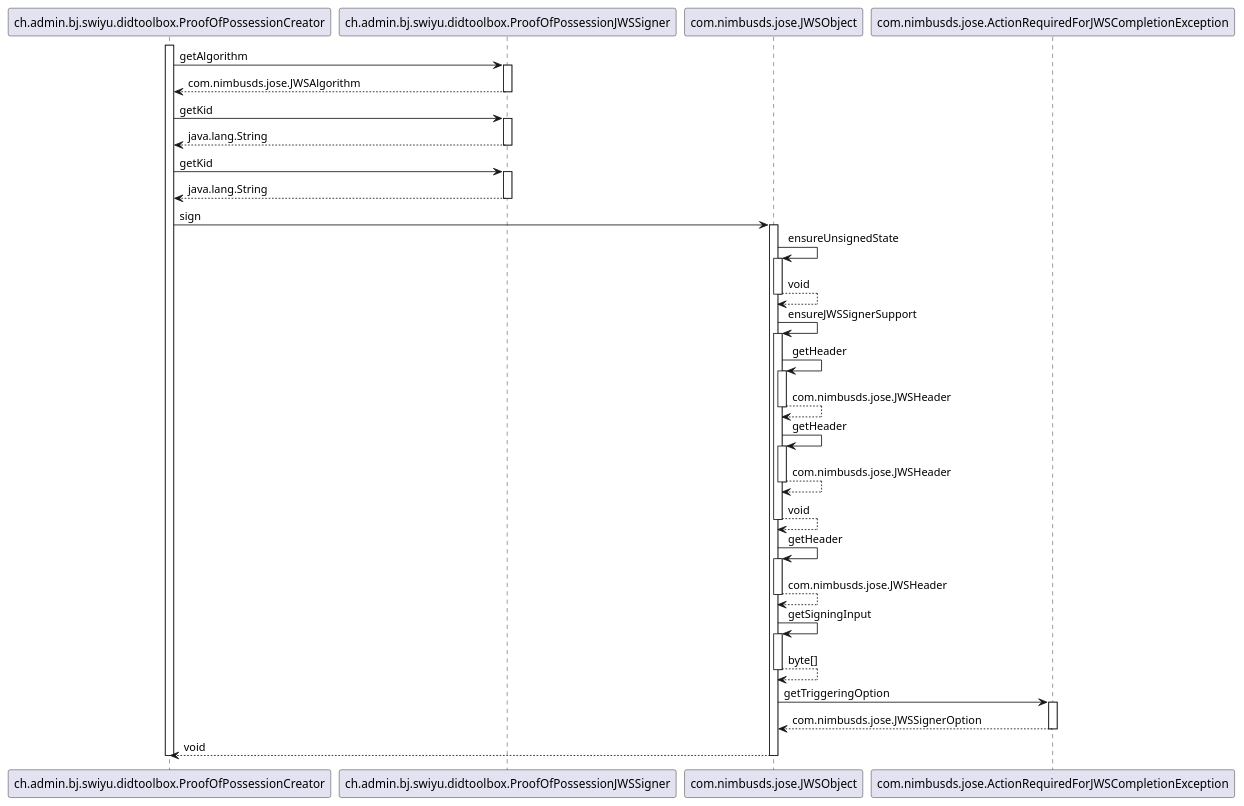
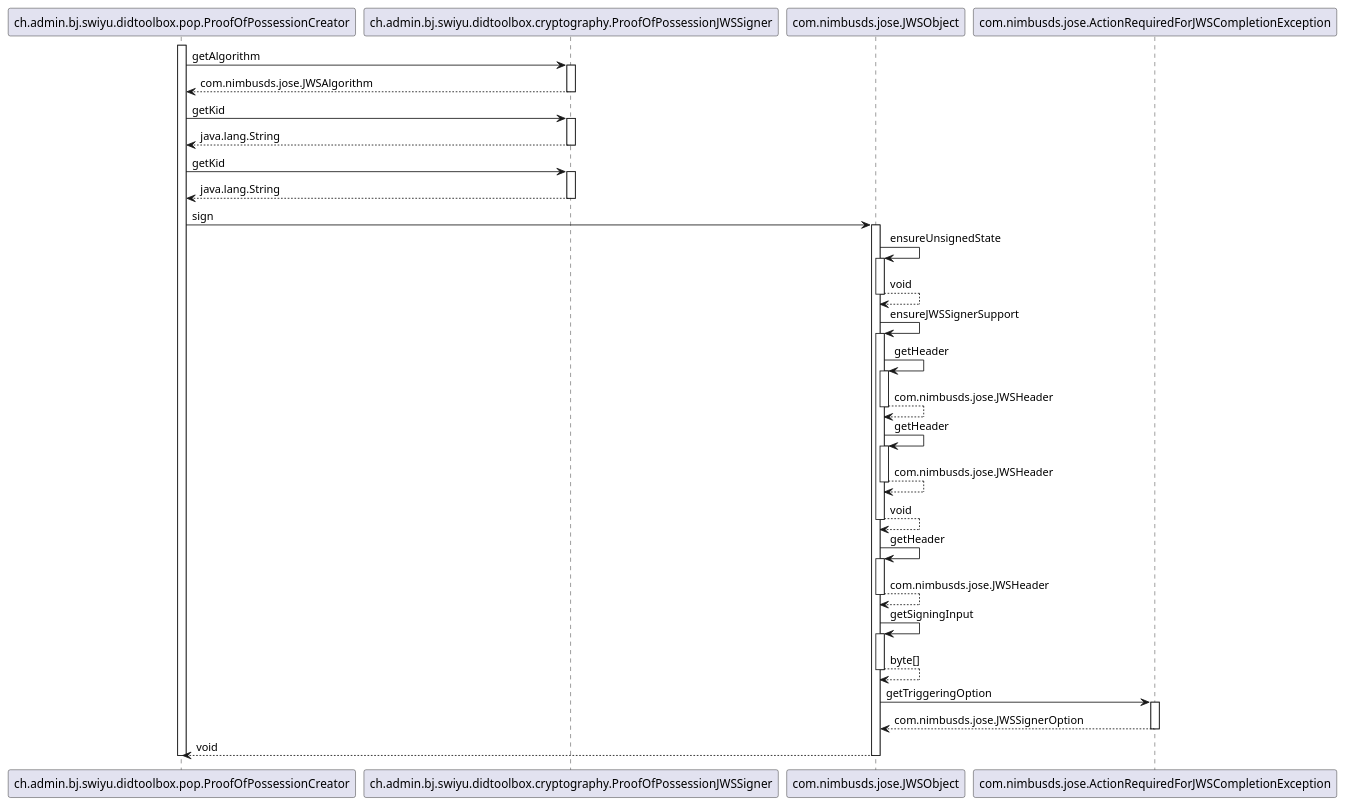
The diagram in src/main/plantuml/ProofOfPossessionCreator-create.puml (swiyu-admin-ch/didtoolbox-java), drawn with PlantUML before and after one commit. The commit also changed 275 other files, not shown here.

```diff
--- a/src/main/plantuml/ProofOfPossessionCreator-create.puml
+++ b/src/main/plantuml/ProofOfPossessionCreator-create.puml
@@ -2,55 +2,55 @@
 @startuml
 
-participant ch.admin.bj.swiyu.didtoolbox.ProofOfPossessionCreator
-participant ch.admin.bj.swiyu.didtoolbox.ProofOfPossessionJWSSigner
+participant ch.admin.bj.swiyu.didtoolbox.pop.ProofOfPossessionCreator
+participant ch.admin.bj.swiyu.didtoolbox.cryptography.ProofOfPossessionJWSSigner
 participant com.nimbusds.jose.JWSObject
 participant com.nimbusds.jose.ActionRequiredForJWSCompletionException
 
-activate ch.admin.bj.swiyu.didtoolbox.ProofOfPossessionCreator
-	ch.admin.bj.swiyu.didtoolbox.ProofOfPossessionCreator -> ch.admin.bj.swiyu.didtoolbox.ProofOfPossessionJWSSigner : getAlgorithm
-	activate ch.admin.bj.swiyu.didtoolbox.ProofOfPossessionJWSSigner
-		ch.admin.bj.swiyu.didtoolbox.ProofOfPossessionJWSSigner --> ch.admin.bj.swiyu.didtoolbox.ProofOfPossessionCreator : com.nimbusds.jose.JWSAlgorithm
-	deactivate ch.admin.bj.swiyu.didtoolbox.ProofOfPossessionJWSSigner
-	ch.admin.bj.swiyu.didtoolbox.ProofOfPossessionCreator -> ch.admin.bj.swiyu.didtoolbox.ProofOfPossessionJWSSigner : getKid
-	activate ch.admin.bj.swiyu.didtoolbox.ProofOfPossessionJWSSigner
-		ch.admin.bj.swiyu.didtoolbox.ProofOfPossessionJWSSigner --> ch.admin.bj.swiyu.didtoolbox.ProofOfPossessionCreator : java.lang.String
-	deactivate ch.admin.bj.swiyu.didtoolbox.ProofOfPossessionJWSSigner
-	ch.admin.bj.swiyu.didtoolbox.ProofOfPossessionCreator -> ch.admin.bj.swiyu.didtoolbox.ProofOfPossessionJWSSigner : getKid
-	activate ch.admin.bj.swiyu.didtoolbox.ProofOfPossessionJWSSigner
-		ch.admin.bj.swiyu.didtoolbox.ProofOfPossessionJWSSigner --> ch.admin.bj.swiyu.didtoolbox.ProofOfPossessionCreator : java.lang.String
-	deactivate ch.admin.bj.swiyu.didtoolbox.ProofOfPossessionJWSSigner
-	ch.admin.bj.swiyu.didtoolbox.ProofOfPossessionCreator -> com.nimbusds.jose.JWSObject : sign
+activate ch.admin.bj.swiyu.didtoolbox.pop.ProofOfPossessionCreator
+	ch.admin.bj.swiyu.didtoolbox.pop.ProofOfPossessionCreator -> ch.admin.bj.swiyu.didtoolbox.cryptography.ProofOfPossessionJWSSigner : getAlgorithm
+	activate ch.admin.bj.swiyu.didtoolbox.cryptography.ProofOfPossessionJWSSigner
+		ch.admin.bj.swiyu.didtoolbox.cryptography.ProofOfPossessionJWSSigner --> ch.admin.bj.swiyu.didtoolbox.pop.ProofOfPossessionCreator : com.nimbusds.jose.JWSAlgorithm
+	deactivate ch.admin.bj.swiyu.didtoolbox.cryptography.ProofOfPossessionJWSSigner
+	ch.admin.bj.swiyu.didtoolbox.pop.ProofOfPossessionCreator -> ch.admin.bj.swiyu.didtoolbox.cryptography.ProofOfPossessionJWSSigner : getKid
+	activate ch.admin.bj.swiyu.didtoolbox.cryptography.ProofOfPossessionJWSSigner
+		ch.admin.bj.swiyu.didtoolbox.cryptography.ProofOfPossessionJWSSigner --> ch.admin.bj.swiyu.didtoolbox.pop.ProofOfPossessionCreator : java.lang.String
+	deactivate ch.admin.bj.swiyu.didtoolbox.cryptography.ProofOfPossessionJWSSigner
+	ch.admin.bj.swiyu.didtoolbox.pop.ProofOfPossessionCreator -> ch.admin.bj.swiyu.didtoolbox.cryptography.ProofOfPossessionJWSSigner : getKid
+	activate ch.admin.bj.swiyu.didtoolbox.cryptography.ProofOfPossessionJWSSigner
+		ch.admin.bj.swiyu.didtoolbox.cryptography.ProofOfPossessionJWSSigner --> ch.admin.bj.swiyu.didtoolbox.pop.ProofOfPossessionCreator : java.lang.String
+	deactivate ch.admin.bj.swiyu.didtoolbox.cryptography.ProofOfPossessionJWSSigner
+	ch.admin.bj.swiyu.didtoolbox.pop.ProofOfPossessionCreator -> com.nimbusds.jose.JWSObject : sign
 	activate com.nimbusds.jose.JWSObject
 		com.nimbusds.jose.JWSObject -> com.nimbusds.jose.JWSObject : ensureUnsignedState
 		activate com.nimbusds.jose.JWSObject
 			com.nimbusds.jose.JWSObject --> com.nimbusds.jose.JWSObject : void
 		deactivate com.nimbusds.jose.JWSObject
 		com.nimbusds.jose.JWSObject -> com.nimbusds.jose.JWSObject : ensureJWSSignerSupport
 		activate com.nimbusds.jose.JWSObject
 			com.nimbusds.jose.JWSObject -> com.nimbusds.jose.JWSObject : getHeader
 			activate com.nimbusds.jose.JWSObject
 				com.nimbusds.jose.JWSObject --> com.nimbusds.jose.JWSObject : com.nimbusds.jose.JWSHeader
 			deactivate com.nimbusds.jose.JWSObject
 			com.nimbusds.jose.JWSObject -> com.nimbusds.jose.JWSObject : getHeader
 			activate com.nimbusds.jose.JWSObject
 				com.nimbusds.jose.JWSObject --> com.nimbusds.jose.JWSObject : com.nimbusds.jose.JWSHeader
 			deactivate com.nimbusds.jose.JWSObject
 			com.nimbusds.jose.JWSObject --> com.nimbusds.jose.JWSObject : void
 		deactivate com.nimbusds.jose.JWSObject
 		com.nimbusds.jose.JWSObject -> com.nimbusds.jose.JWSObject : getHeader
 		activate com.nimbusds.jose.JWSObject
 			com.nimbusds.jose.JWSObject --> com.nimbusds.jose.JWSObject : com.nimbusds.jose.JWSHeader
 		deactivate com.nimbusds.jose.JWSObject
 		com.nimbusds.jose.JWSObject -> com.nimbusds.jose.JWSObject : getSigningInput
 		activate com.nimbusds.jose.JWSObject
 			com.nimbusds.jose.JWSObject --> com.nimbusds.jose.JWSObject : byte[]
 		deactivate com.nimbusds.jose.JWSObject
 		com.nimbusds.jose.JWSObject -> com.nimbusds.jose.ActionRequiredForJWSCompletionException : getTriggeringOption
 		activate com.nimbusds.jose.ActionRequiredForJWSCompletionException
 			com.nimbusds.jose.ActionRequiredForJWSCompletionException --> com.nimbusds.jose.JWSObject : com.nimbusds.jose.JWSSignerOption
 		deactivate com.nimbusds.jose.ActionRequiredForJWSCompletionException
-		com.nimbusds.jose.JWSObject --> ch.admin.bj.swiyu.didtoolbox.ProofOfPossessionCreator : void
+		com.nimbusds.jose.JWSObject --> ch.admin.bj.swiyu.didtoolbox.pop.ProofOfPossessionCreator : void
 	deactivate com.nimbusds.jose.JWSObject
-deactivate ch.admin.bj.swiyu.didtoolbox.ProofOfPossessionCreator
+deactivate ch.admin.bj.swiyu.didtoolbox.pop.ProofOfPossessionCreator
 
 @enduml
```
